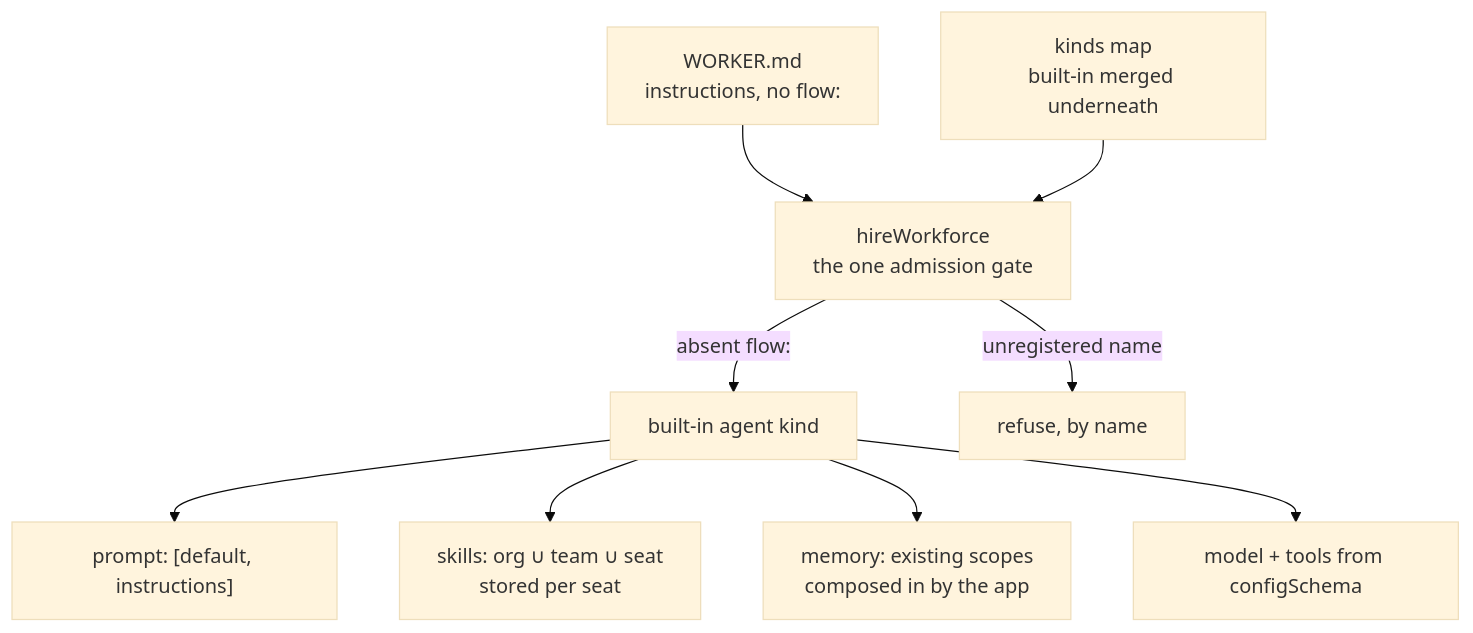
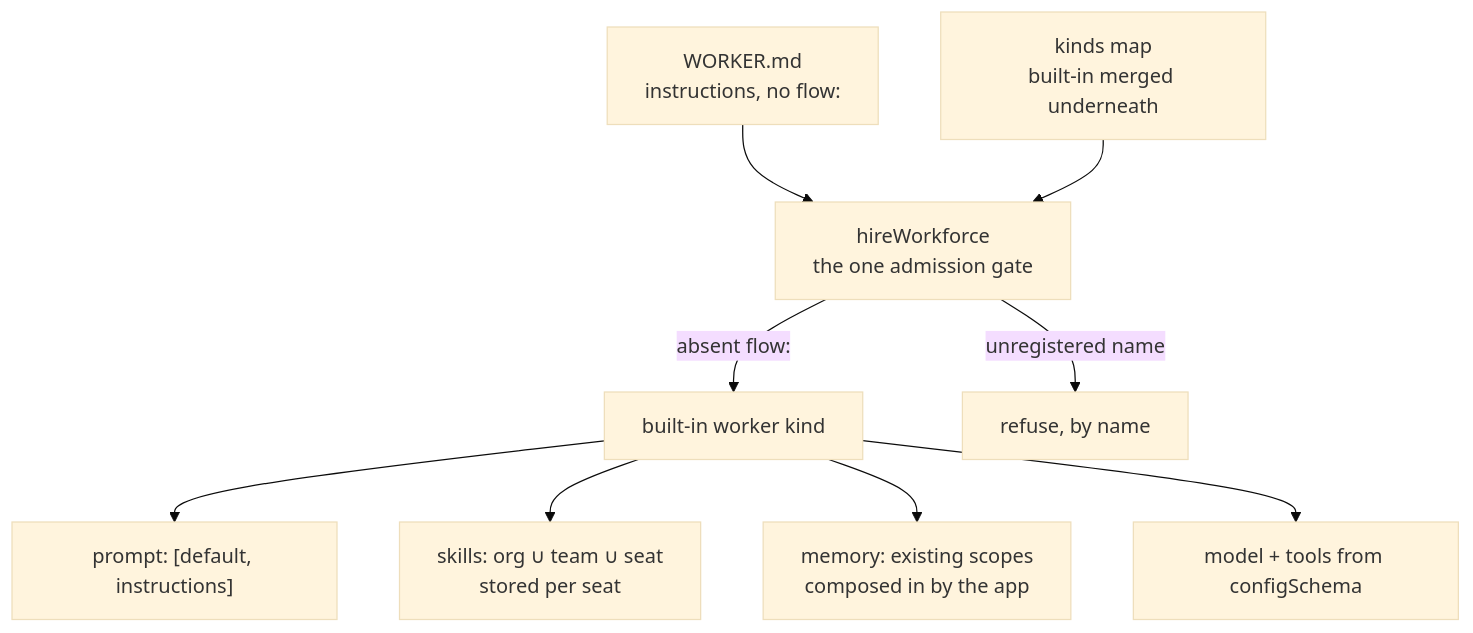
The diagram in docs/architecture/workforce-agent-kind.md (fixpoint-labs/flow-state-dev), drawn with Mermaid (base theme) before and after one commit. The commit also changed other lines of this file and 8 other files, not shown here.

First line of the commit message:
Rename defineAgentKind to defineWorkerKind (FIX-1363)

````diff
--- a/docs/architecture/workforce-agent-kind.md
+++ b/docs/architecture/workforce-agent-kind.md
@@ -40,11 +40,11 @@
 ```mermaid
 flowchart TD
   W["WORKER.md<br/>instructions, no flow:"] --> H[hireWorkforce<br/>the one admission gate]
   K["kinds map<br/>built-in merged underneath"] --> H
-  H -->|absent flow:| A[built-in agent kind]
+  H -->|absent flow:| A[built-in worker kind]
   H -->|unregistered name| X[refuse, by name]
   A --> P["prompt: [default, instructions]"]
   A --> S["skills: org ∪ team ∪ seat<br/>stored per seat"]
   A --> M["memory: existing scopes<br/>composed in by the app"]
   A --> T[model + tools from configSchema]
 ```
````
